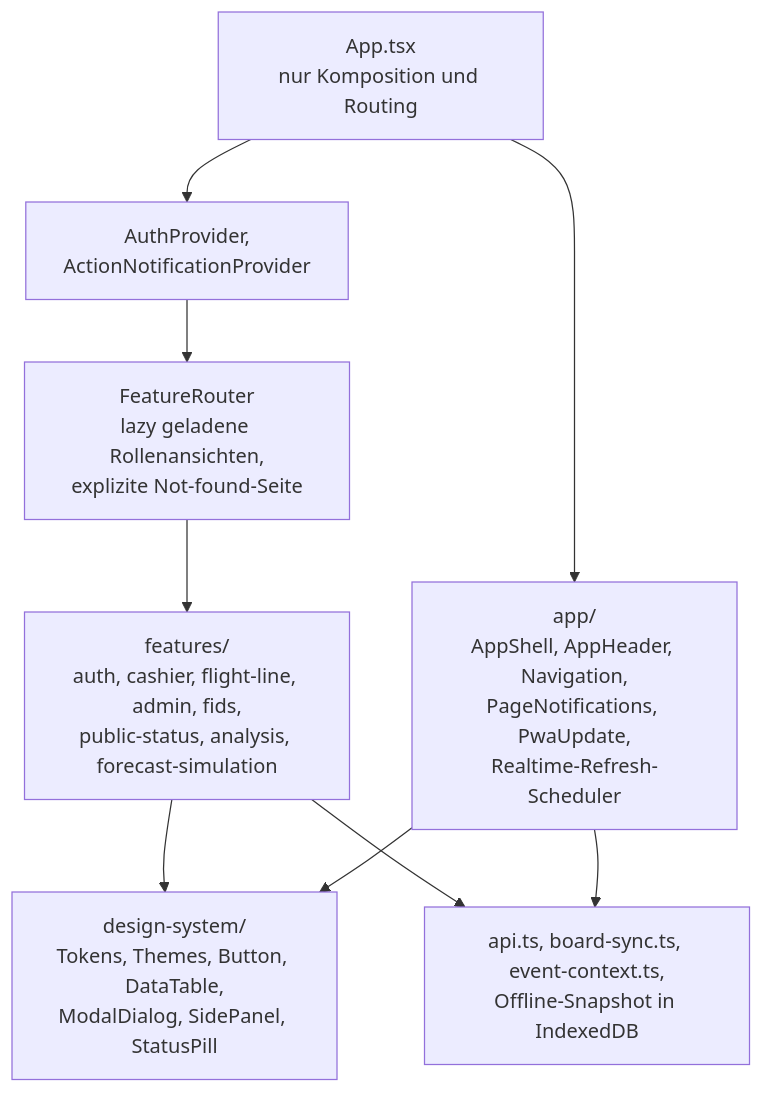
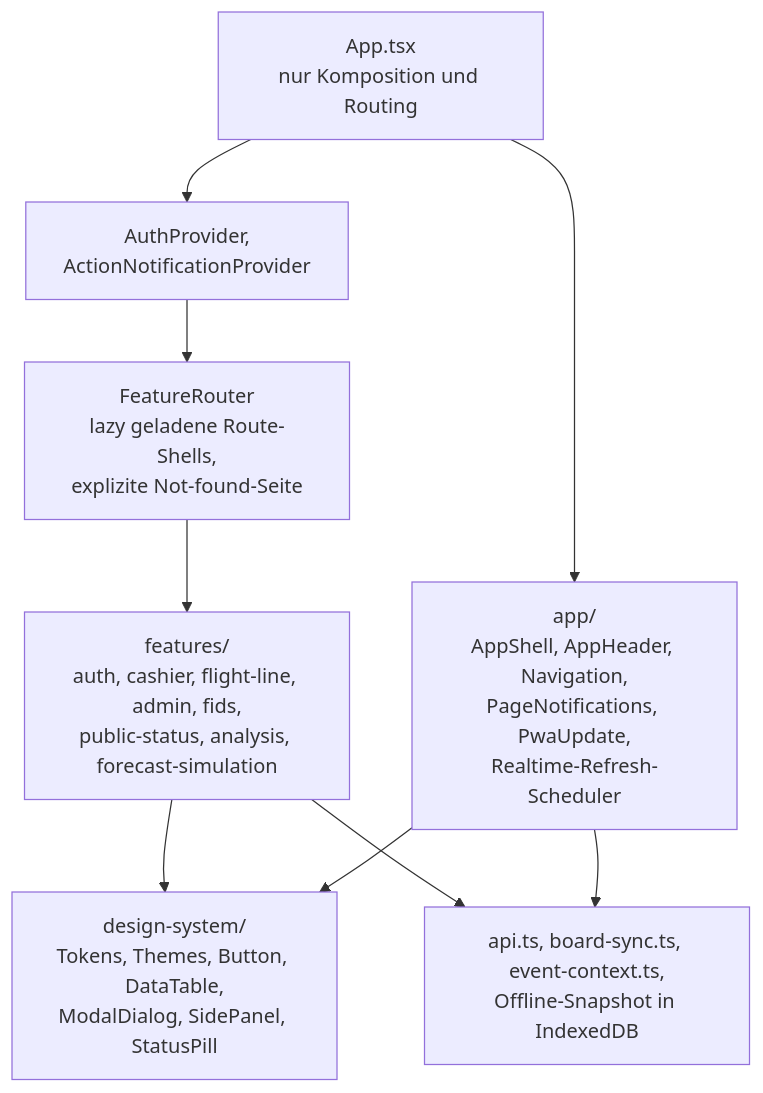
The fifth of 8 diagrams in docs/arc42/05-bausteinsicht.md (aguther/rundflug-leitstand), drawn with Mermaid before and after one commit. The commit also changed other lines of this file and 23 other files, not shown here.

````diff
--- a/docs/arc42/05-bausteinsicht.md
+++ b/docs/arc42/05-bausteinsicht.md
@@ -154,17 +154,17 @@
 ```mermaid
 flowchart TB
     APP["App.tsx<br/>nur Komposition und Routing"]
     PROV["AuthProvider,<br/>ActionNotificationProvider"]
-    ROUTER["FeatureRouter<br/>lazy geladene Rollenansichten,<br/>explizite Not-found-Seite"]
+    ROUTER["FeatureRouter<br/>lazy geladene Route-Shells,<br/>explizite Not-found-Seite"]
     SHELLM["app/<br/>AppShell, AppHeader, Navigation,<br/>PageNotifications, PwaUpdate,<br/>Realtime-Refresh-Scheduler"]
     FEAT["features/<br/>auth, cashier, flight-line, admin, fids,<br/>public-status, analysis, forecast-simulation"]
     DS["design-system/<br/>Tokens, Themes, Button, DataTable,<br/>ModalDialog, SidePanel, StatusPill"]
     API["api.ts, board-sync.ts, event-context.ts,<br/>Offline-Snapshot in IndexedDB"]
 
     APP --> PROV --> ROUTER --> FEAT
     APP --> SHELLM
     FEAT --> DS
     FEAT --> API
     SHELLM --> API
     SHELLM --> DS
 ```
````
